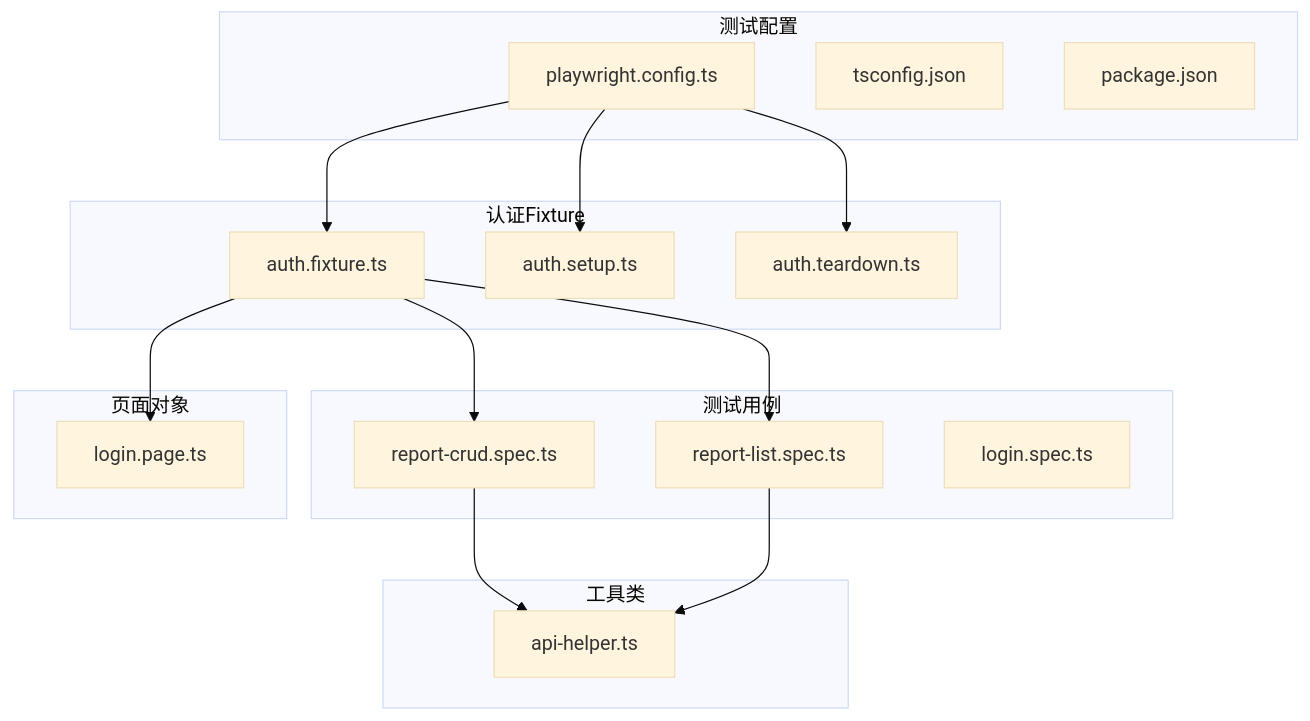
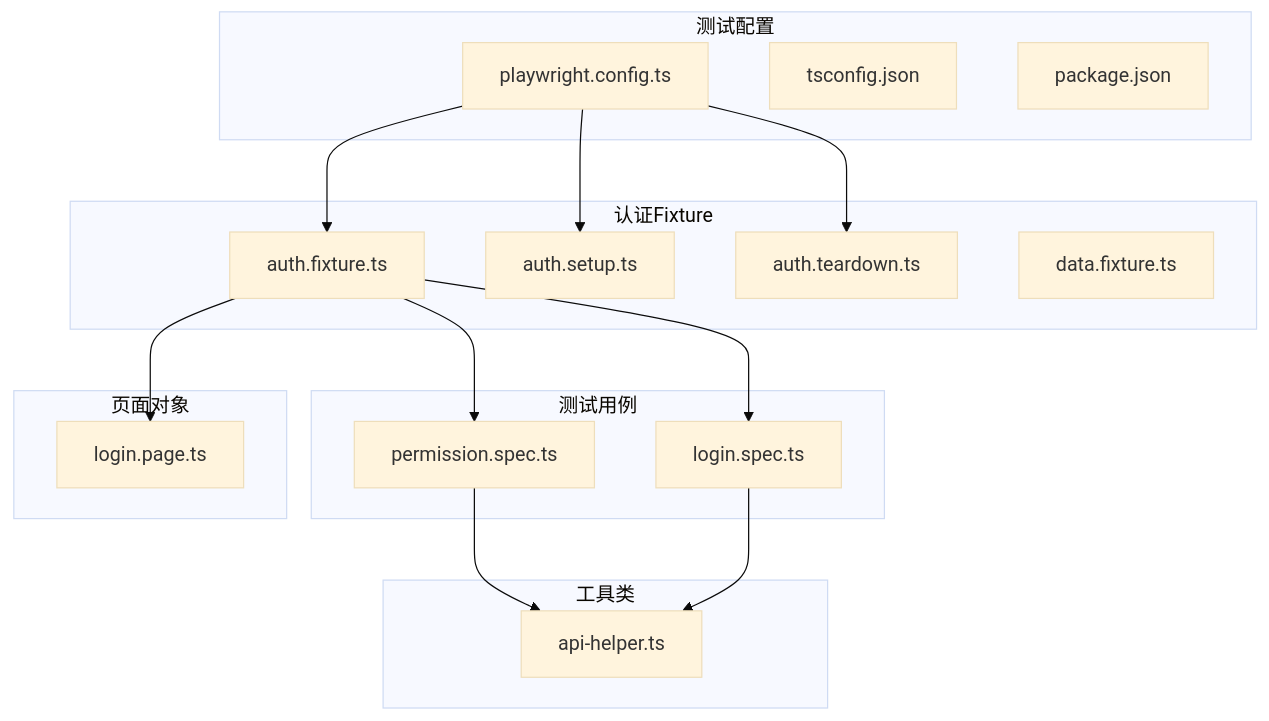
One commit to zzgoviziwind/--playwright changed the first of 7 diagrams in .qoder/repowiki/zh/content/认证和Fixture系统/Fixture认证系统.md. Above: the diagram before and after it, drawn with Mermaid (base theme). The commit also changed other lines of this file and 112 other files, not shown here.

````diff
--- a/.qoder/repowiki/zh/content/认证和Fixture系统/Fixture认证系统.md
+++ b/.qoder/repowiki/zh/content/认证和Fixture系统/Fixture认证系统.md
@@ -39,32 +49,32 @@
 ```mermaid
 graph TB
 subgraph "测试配置"
 PC[playwright.config.ts]
 TS[tsconfig.json]
 PK[package.json]
 end
 subgraph "认证Fixture"
 AF[auth.fixture.ts]
 AS[auth.setup.ts]
 AT[auth.teardown.ts]
+DF[data.fixture.ts]
 end
 subgraph "测试用例"
-RS[report-crud.spec.ts]
-RL[report-list.spec.ts]
+PS[permission.spec.ts]
 LS[login.spec.ts]
 end
 subgraph "页面对象"
 LP[login.page.ts]
 end
 subgraph "工具类"
 AH[api-helper.ts]
 end
 PC --> AF
 PC --> AS
 PC --> AT
-AF --> RS
-AF --> RL
+AF --> PS
+AF --> LS
 AF --> LP
-RS --> AH
-RL --> AH
+PS --> AH
+LS --> AH
 ```
````
